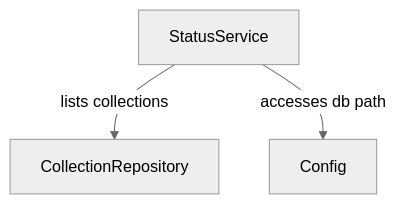
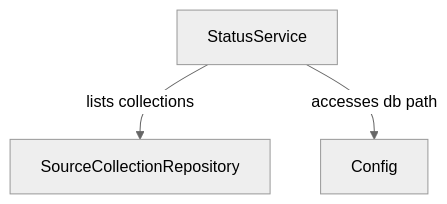
Before and after one commit to mikewaters/mdindex: the third of 3 diagrams in src/pmd/services/README.md, drawn with Mermaid (neutral theme). The commit also changed other lines of this file and 35 other files, not shown here.

````diff
--- a/src/pmd/services/README.md
+++ b/src/pmd/services/README.md
@@ -112,5 +112,5 @@
 ```mermaid
 graph TD
-    StatusService -- lists collections --> CollectionRepository
+    StatusService -- lists collections --> SourceCollectionRepository
     StatusService -- accesses db path --> Config
 ```
````
